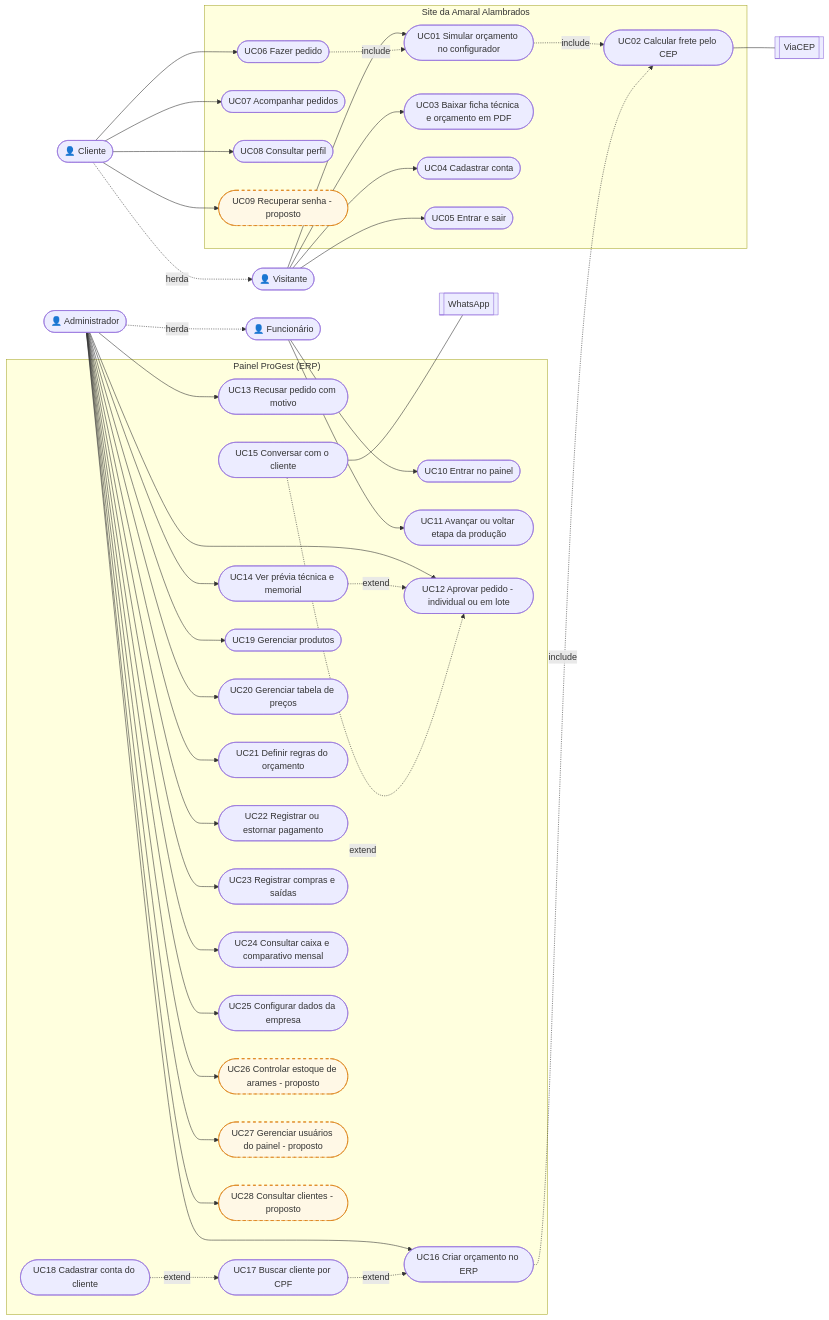
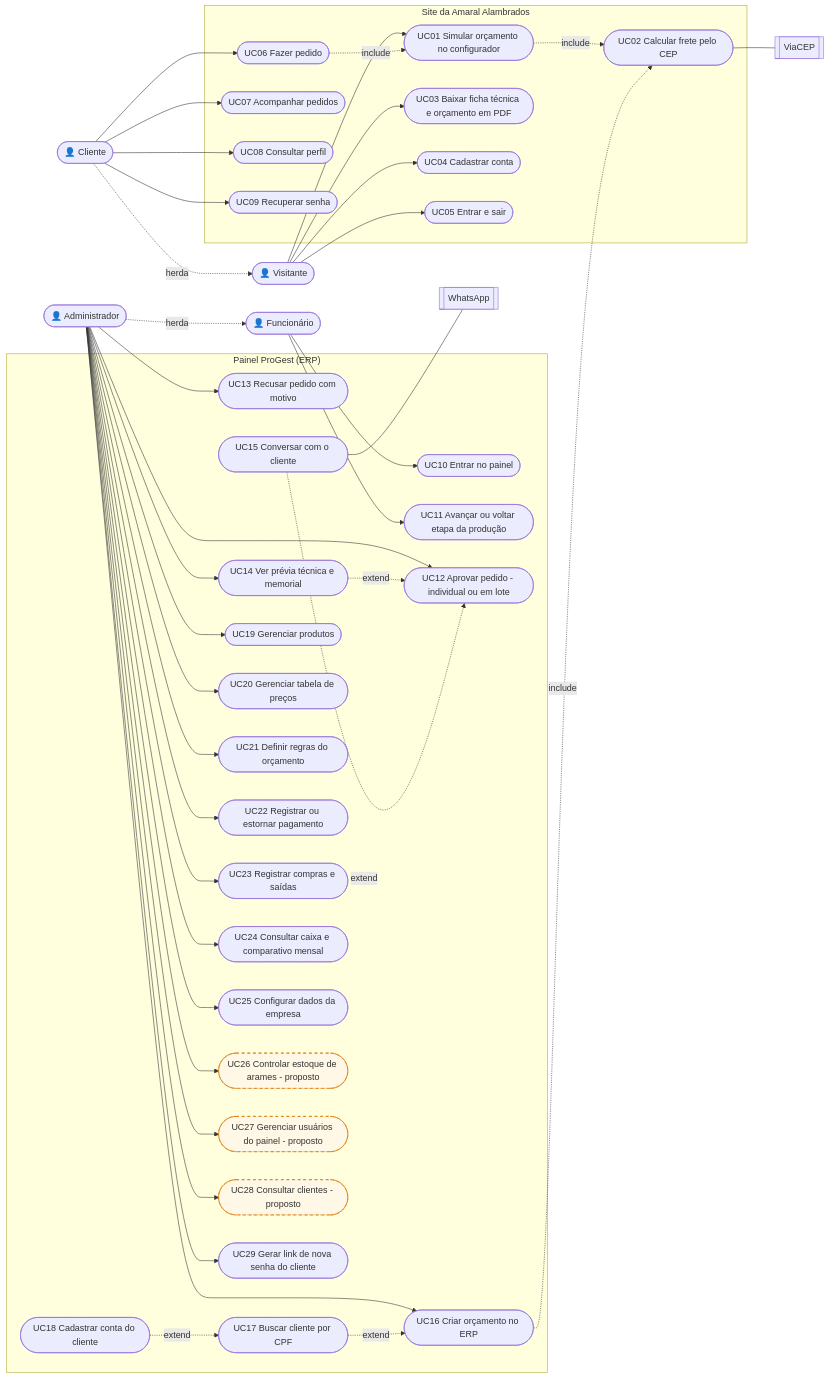
Before and after one commit to dannnpereira/ProGest: the diagram in docs/diagramas/casos-de-uso.mmd, drawn with Mermaid. The commit also changed 47 other files, not shown here.

First line of the commit message:
feat: recuperação de senha do cliente e testes automáticos nos PRs

```diff
--- a/docs/diagramas/casos-de-uso.mmd
+++ b/docs/diagramas/casos-de-uso.mmd
@@ -1,63 +1,64 @@
 flowchart LR
     Visitante(["👤 Visitante"])
     Cliente(["👤 Cliente"])
     Funcionario(["👤 Funcionário"])
     Admin(["👤 Administrador"])
     ViaCEP[["ViaCEP"]]
     WhatsApp[["WhatsApp"]]
 
     Cliente -. herda .-> Visitante
     Admin -. herda .-> Funcionario
 
     subgraph SITE["Site da Amaral Alambrados"]
         UC01([UC01 Simular orçamento no configurador])
         UC02([UC02 Calcular frete pelo CEP])
         UC03([UC03 Baixar ficha técnica e orçamento em PDF])
         UC04([UC04 Cadastrar conta])
         UC05([UC05 Entrar e sair])
         UC06([UC06 Fazer pedido])
         UC07([UC07 Acompanhar pedidos])
         UC08([UC08 Consultar perfil])
-        UC09([UC09 Recuperar senha - proposto])
+        UC09([UC09 Recuperar senha])
     end
 
     subgraph ERP["Painel ProGest (ERP)"]
         UC10([UC10 Entrar no painel])
         UC11([UC11 Avançar ou voltar etapa da produção])
         UC12([UC12 Aprovar pedido - individual ou em lote])
         UC13([UC13 Recusar pedido com motivo])
         UC14([UC14 Ver prévia técnica e memorial])
         UC15([UC15 Conversar com o cliente])
         UC16([UC16 Criar orçamento no ERP])
         UC17([UC17 Buscar cliente por CPF])
         UC18([UC18 Cadastrar conta do cliente])
         UC19([UC19 Gerenciar produtos])
         UC20([UC20 Gerenciar tabela de preços])
         UC21([UC21 Definir regras do orçamento])
         UC22([UC22 Registrar ou estornar pagamento])
         UC23([UC23 Registrar compras e saídas])
         UC24([UC24 Consultar caixa e comparativo mensal])
         UC25([UC25 Configurar dados da empresa])
         UC26([UC26 Controlar estoque de arames - proposto])
         UC27([UC27 Gerenciar usuários do painel - proposto])
         UC28([UC28 Consultar clientes - proposto])
+        UC29([UC29 Gerar link de nova senha do cliente])
     end
 
     Visitante --> UC01 & UC03 & UC04 & UC05
     Cliente --> UC06 & UC07 & UC08 & UC09
     Funcionario --> UC10 & UC11
     Admin --> UC12 & UC13 & UC14 & UC16 & UC19 & UC20 & UC21
-    Admin --> UC22 & UC23 & UC24 & UC25 & UC26 & UC27 & UC28
+    Admin --> UC22 & UC23 & UC24 & UC25 & UC26 & UC27 & UC28 & UC29
 
     UC01 -. include .-> UC02
     UC06 -. include .-> UC01
     UC02 --- ViaCEP
     UC16 -. include .-> UC02
     UC17 -. extend .-> UC16
     UC18 -. extend .-> UC17
     UC14 -. extend .-> UC12
     UC15 -. extend .-> UC12
     UC15 --- WhatsApp
 
     classDef proposto stroke-dasharray: 5 5,fill:#fff8e6,stroke:#d97706
-    class UC09,UC26,UC27,UC28 proposto
+    class UC26,UC27,UC28 proposto
```
